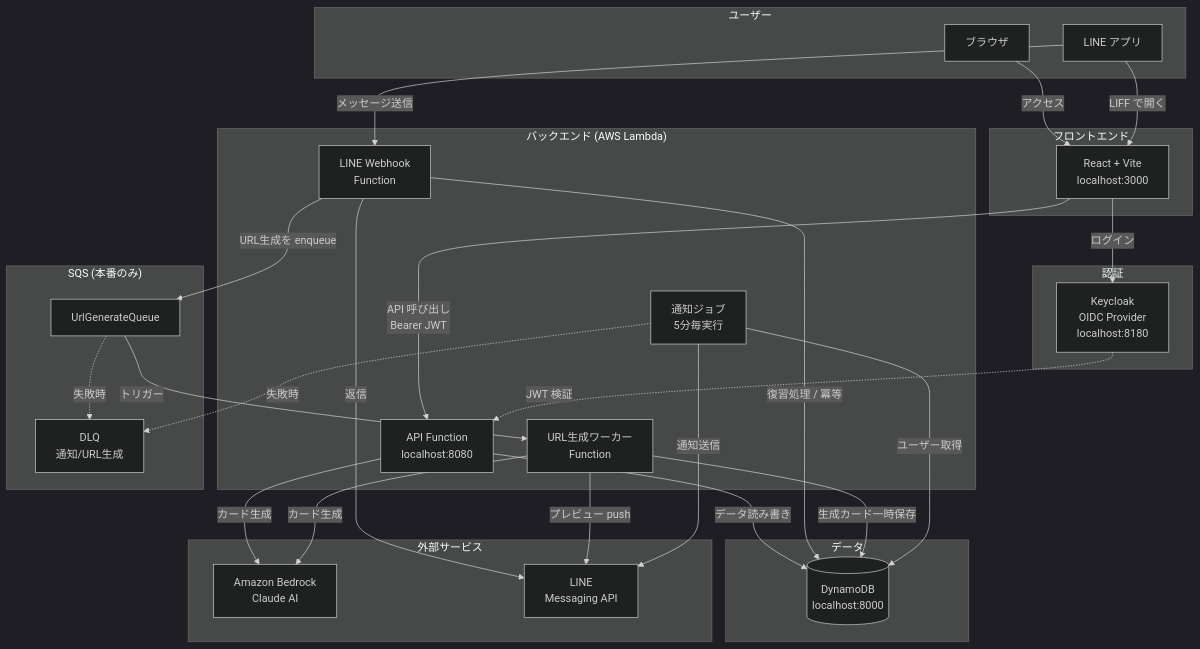
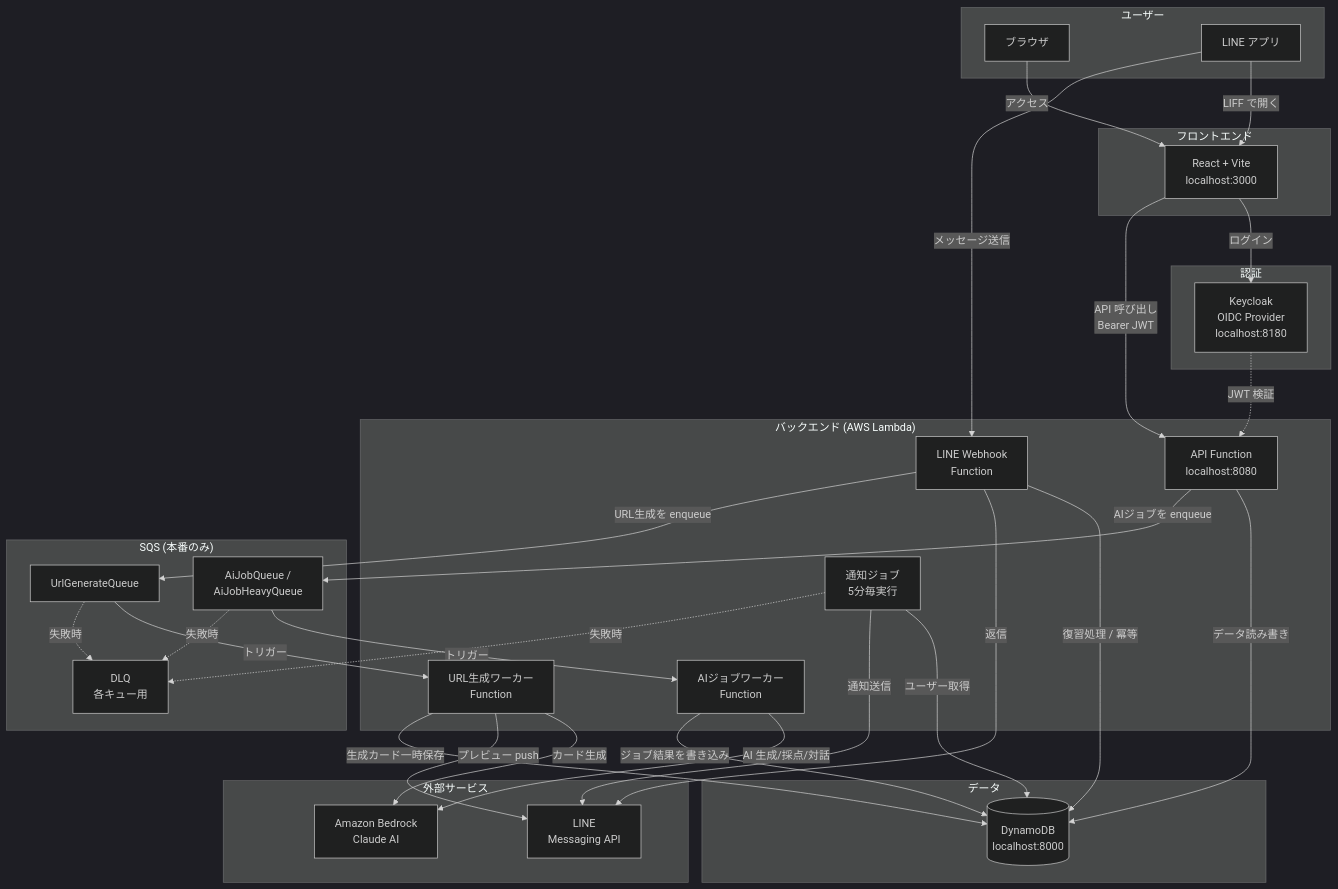
One commit to mozuq-lab/memoru-liff changed the first of 11 diagrams in docs/system-overview.md. Above: the diagram before and after it, drawn with Mermaid (dark theme). The commit also changed other lines of this file and 6 other files, not shown here.

````diff
--- a/docs/system-overview.md
+++ b/docs/system-overview.md
@@ -11,61 +11,67 @@
 ```mermaid
 graph TB
     subgraph ユーザー
         Browser[ブラウザ]
         LINE[LINE アプリ]
     end
 
     subgraph フロントエンド
         Vite[React + Vite<br/>localhost:3000]
     end
 
     subgraph 認証
         KC[Keycloak<br/>OIDC Provider<br/>localhost:8180]
     end
 
     subgraph バックエンド["バックエンド (AWS Lambda)"]
         API[API Function<br/>localhost:8080]
         Webhook[LINE Webhook<br/>Function]
         Worker[URL生成ワーカー<br/>Function]
+        AIWorker[AIジョブワーカー<br/>Function]
         Job[通知ジョブ<br/>5分毎実行]
     end
 
     subgraph キュー["SQS (本番のみ)"]
         Queue[UrlGenerateQueue]
-        DLQ[DLQ<br/>通知/URL生成]
+        AIQueue[AiJobQueue /<br/>AiJobHeavyQueue]
+        DLQ[DLQ<br/>各キュー用]
     end
 
     subgraph データ
         DDB[(DynamoDB<br/>localhost:8000)]
     end
 
     subgraph 外部サービス
         Bedrock[Amazon Bedrock<br/>Claude AI]
         LINEAPI[LINE<br/>Messaging API]
     end
 
     Browser -->|アクセス| Vite
     LINE -->|LIFF で開く| Vite
     LINE -->|メッセージ送信| Webhook
 
     Vite -->|ログイン| KC
     Vite -->|API 呼び出し<br/>Bearer JWT| API
 
     API -->|データ読み書き| DDB
-    API -->|カード生成| Bedrock
+    API -->|AIジョブを enqueue| AIQueue
+    AIQueue -->|トリガー| AIWorker
+    AIWorker -->|AI 生成/採点/対話| Bedrock
+    AIWorker -->|ジョブ結果を書き込み| DDB
+    AIQueue -.->|失敗時| DLQ
 
     Webhook -->|復習処理 / 冪等| DDB
     Webhook -->|返信| LINEAPI
     Webhook -->|URL生成を enqueue| Queue
     Queue -->|トリガー| Worker
     Worker -->|カード生成| Bedrock
     Worker -->|プレビュー push| LINEAPI
     Worker -->|生成カード一時保存| DDB
     Queue -.->|失敗時| DLQ
 
     Job -->|ユーザー取得| DDB
     Job -->|通知送信| LINEAPI
     Job -.->|失敗時| DLQ
 
     KC -.->|JWT 検証| API
 ```
````
